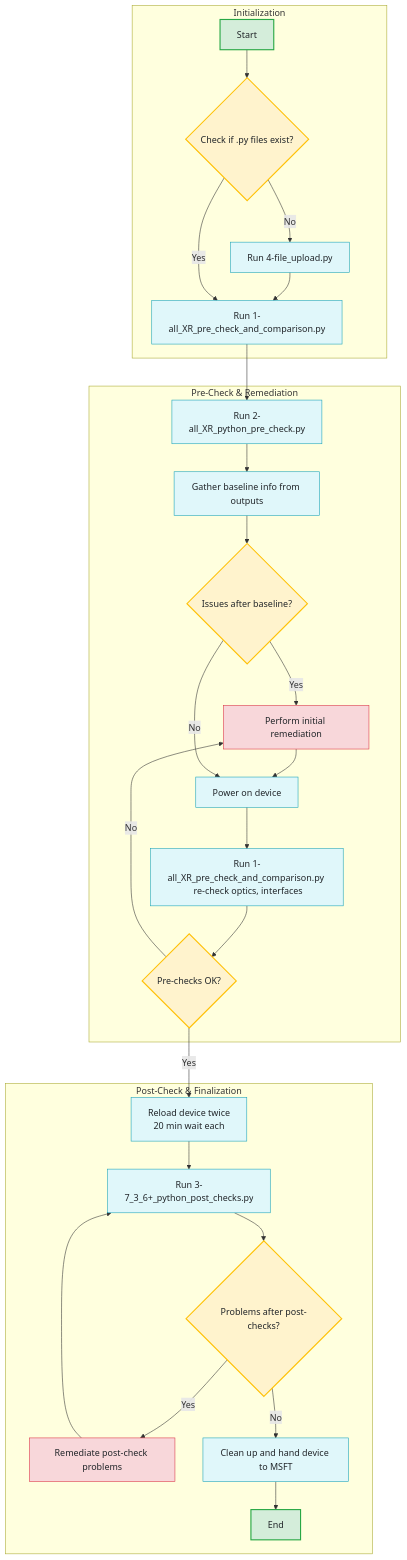
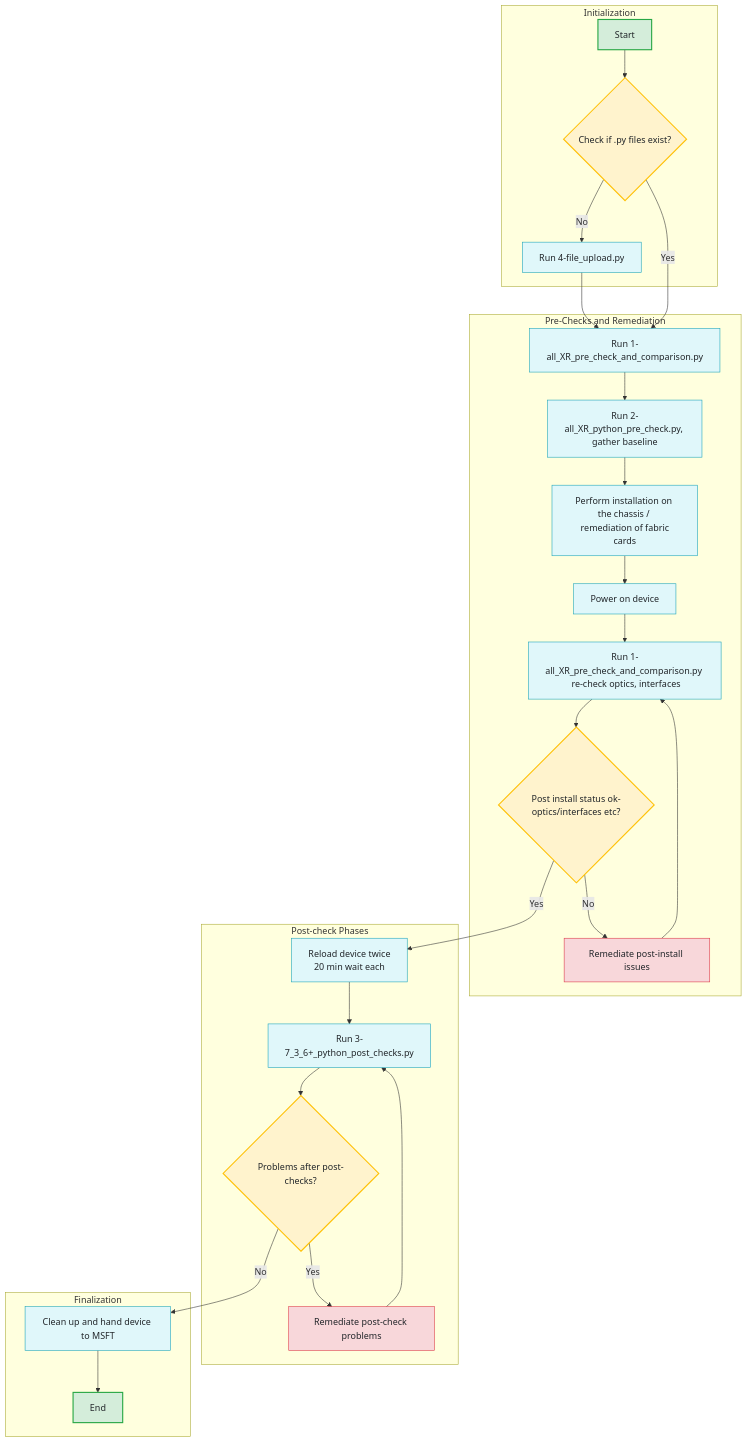
The diagram in 7_3_6+_WP3_Health_Check_Prod/0-ReadMe.md (prongupt/WP-Remediation-MoP), drawn with Mermaid before and after one commit. The commit also changed 1 other file, not shown here.

Commit message:
clean up being performed

````diff
--- a/7_3_6+_WP3_Health_Check_Prod/0-ReadMe.md
+++ b/7_3_6+_WP3_Health_Check_Prod/0-ReadMe.md
@@ -1,50 +1,52 @@
 ```mermaid
 graph TD
     subgraph Initialization
         A[Start] --> B{Check if .py files exist?};
         B -- No --> C[Run 4-file_upload.py];
-        C --> D[Run 1-all_XR_pre_check_and_comparison.py];
-        B -- Yes --> D;
+
     end
 
-    subgraph Pre-Check & Remediation
-        D --> E[Run 2-all_XR_python_pre_check.py];
-        E --> F[Gather baseline info from outputs];
-        F --> G{Issues after baseline?};
-        G -- Yes --> H[Perform initial remediation];
-        H --> I[Power on device];
-        G -- No --> I;
-        J[Run 1-all_XR_pre_check_and_comparison.py <br> re-check optics, interfaces];
-        I --> J;
-        J --> K{Pre-checks OK?};
-        K -- No --> H;
+    subgraph Pre-Checks and Remediation
+        C --> D[Run 1-all_XR_pre_check_and_comparison.py];
+        B -- Yes --> D; 
+        D --> E[Run 2-all_XR_python_pre_check.py, gather baseline];
+        E --> F[Perform installation on the chassis / <br> remediation of fabric cards];
+        F --> I[Power on device];
+        J_node[Run 1-all_XR_pre_check_and_comparison.py <br> re-check optics, interfaces];
+        I --> J_node;
+        J_node --> K{Post install status ok-optics/interfaces etc?};
+        K -- No --> K_Remediate_Step[Remediate post-install issues];
+        K_Remediate_Step --> J_node;
     end
 
-    subgraph Post-Check & Finalization
+    subgraph Post-check Phases
         K -- Yes --> L[Reload device twice <br> 20 min wait each];
         L --> M[Run 3-7_3_6+_python_post_checks.py];
         M --> N{Problems after post-checks?};
         N -- Yes --> O[Remediate post-check problems];
         O --> M;
+    end
+    
+    subgraph Finalization
         N -- No --> P[Clean up and hand device to MSFT];
         P --> Q[End];
     end
 
+    %% Styling for better readability
     style A fill:#D4EDDA,stroke:#28A745,stroke-width:2px,color:#212529
     style Q fill:#D4EDDA,stroke:#28A745,stroke-width:2px,color:#212529
     style B fill:#FFF3CD,stroke:#FFC107,stroke-width:2px,color:#212529
-    style G fill:#FFF3CD,stroke:#FFC107,stroke-width:2px,color:#212529
     style K fill:#FFF3CD,stroke:#FFC107,stroke-width:2px,color:#212529
     style N fill:#FFF3CD,stroke:#FFC107,stroke-width:2px,color:#212529
     style C fill:#E0F7FA,stroke:#17A2B8,stroke-width:1px,color:#212529
     style D fill:#E0F7FA,stroke:#17A2B8,stroke-width:1px,color:#212529
     style E fill:#E0F7FA,stroke:#17A2B8,stroke-width:1px,color:#212529
     style F fill:#E0F7FA,stroke:#17A2B8,stroke-width:1px,color:#212529
     style I fill:#E0F7FA,stroke:#17A2B8,stroke-width:1px,color:#212529
-    style J fill:#E0F7FA,stroke:#17A2B8,stroke-width:1px,color:#212529
+    style J_node fill:#E0F7FA,stroke:#17A2B8,stroke-width:1px,color:#212529
     style L fill:#E0F7FA,stroke:#17A2B8,stroke-width:1px,color:#212529
     style M fill:#E0F7FA,stroke:#17A2B8,stroke-width:1px,color:#212529
     style P fill:#E0F7FA,stroke:#17A2B8,stroke-width:1px,color:#212529
-    style H fill:#F8D7DA,stroke:#DC3545,stroke-width:1px,color:#212529
     style O fill:#F8D7DA,stroke:#DC3545,stroke-width:1px,color:#212529
+    style K_Remediate_Step fill:#F8D7DA,stroke:#DC3545,stroke-width:1px,color:#212529
 ```
````
